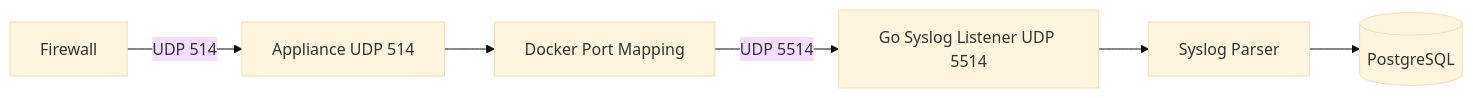
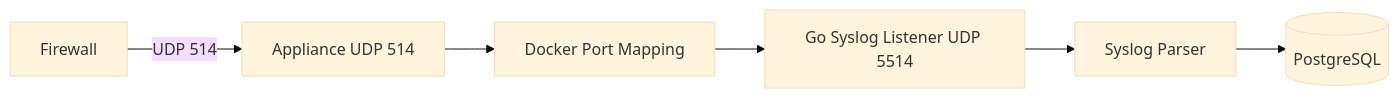
The fourth of 14 diagrams in docs/data-flow.md (HAMLEG448/log-management-demo), drawn with Mermaid (base theme) before and after one commit. The commit also changed other lines of this file and 2 other files, not shown here.

````diff
--- a/docs/data-flow.md
+++ b/docs/data-flow.md
@@ -65,15 +212,15 @@
 ```mermaid
 flowchart LR
     FIREWALL[Firewall]
     HOST[Appliance UDP 514]
     DOCKER[Docker Port Mapping]
     LISTENER[Go Syslog Listener UDP 5514]
     PARSER[Syslog Parser]
     DB[(PostgreSQL)]
 
     FIREWALL -->|UDP 514| HOST
     HOST --> DOCKER
-    DOCKER -->|UDP 5514| LISTENER
+    DOCKER --> LISTENER
     LISTENER --> PARSER
     PARSER --> DB
 ```
````
